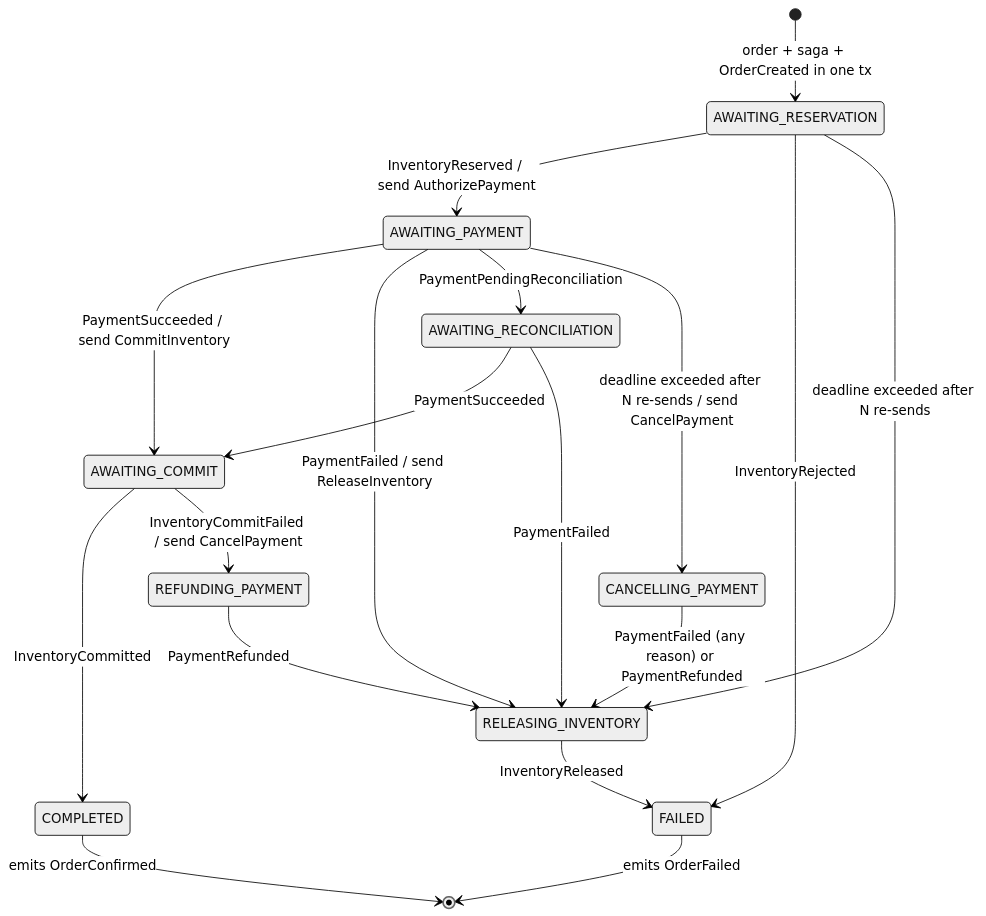
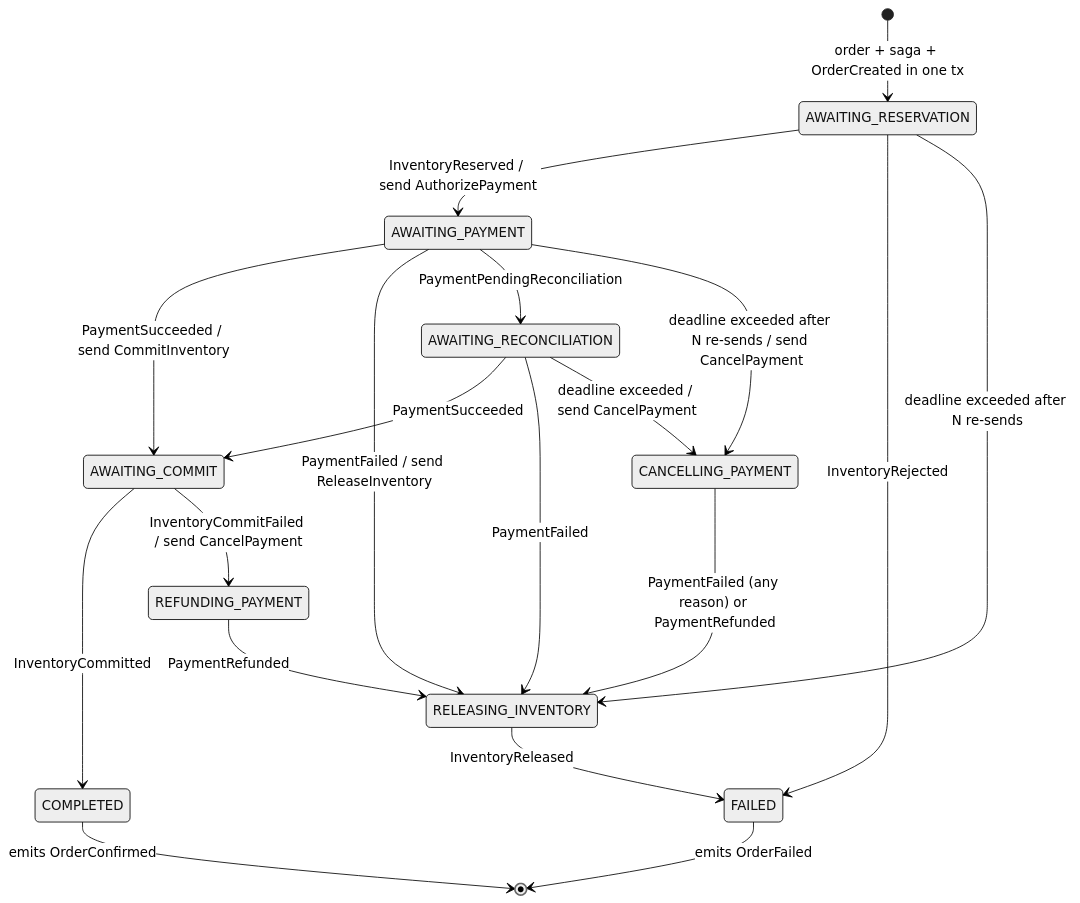
One commit to Kartavya1905/commerceflow changed the third of 10 diagrams in docs/architecture/ARCHITECTURE.md. Above: the diagram before and after it, drawn with Mermaid (neutral theme). The commit also changed other lines of this file and 64 other files, not shown here.

````diff
--- a/docs/architecture/ARCHITECTURE.md
+++ b/docs/architecture/ARCHITECTURE.md
@@ -264,27 +264,28 @@
 ```mermaid
 stateDiagram-v2
     [*] --> AWAITING_RESERVATION: order + saga + OrderCreated in one tx
     AWAITING_RESERVATION --> AWAITING_PAYMENT: InventoryReserved / send AuthorizePayment
     AWAITING_RESERVATION --> FAILED: InventoryRejected
     AWAITING_RESERVATION --> RELEASING_INVENTORY: deadline exceeded after N re-sends
 
     AWAITING_PAYMENT --> AWAITING_COMMIT: PaymentSucceeded / send CommitInventory
     AWAITING_PAYMENT --> RELEASING_INVENTORY: PaymentFailed / send ReleaseInventory
     AWAITING_PAYMENT --> AWAITING_RECONCILIATION: PaymentPendingReconciliation
     AWAITING_PAYMENT --> CANCELLING_PAYMENT: deadline exceeded after N re-sends / send CancelPayment
 
     AWAITING_RECONCILIATION --> AWAITING_COMMIT: PaymentSucceeded
     AWAITING_RECONCILIATION --> RELEASING_INVENTORY: PaymentFailed
+    AWAITING_RECONCILIATION --> CANCELLING_PAYMENT: deadline exceeded / send CancelPayment
 
     CANCELLING_PAYMENT --> RELEASING_INVENTORY: PaymentFailed (any reason) or PaymentRefunded
 
     AWAITING_COMMIT --> COMPLETED: InventoryCommitted
     AWAITING_COMMIT --> REFUNDING_PAYMENT: InventoryCommitFailed / send CancelPayment
 
     REFUNDING_PAYMENT --> RELEASING_INVENTORY: PaymentRefunded
 
     RELEASING_INVENTORY --> FAILED: InventoryReleased
 
     COMPLETED --> [*]: emits OrderConfirmed
     FAILED --> [*]: emits OrderFailed
 ```
````
